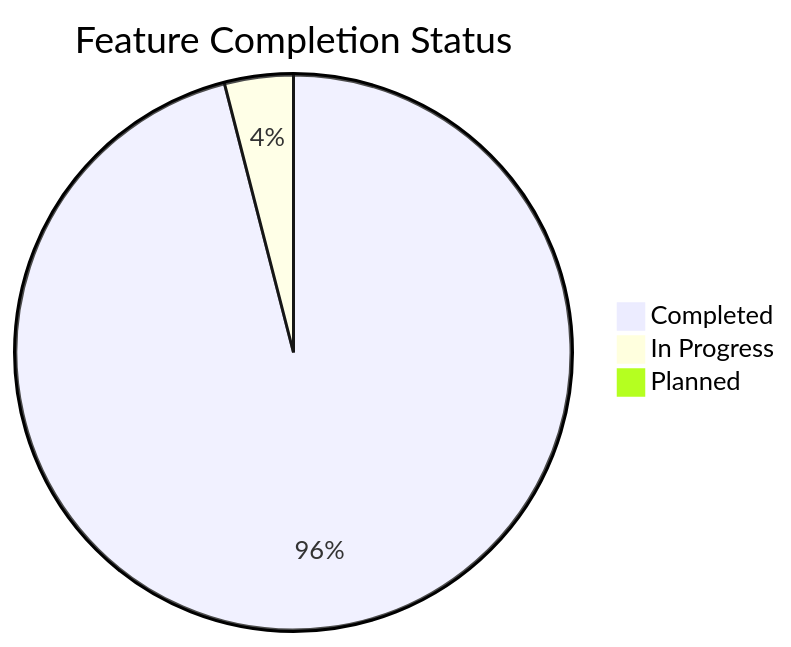
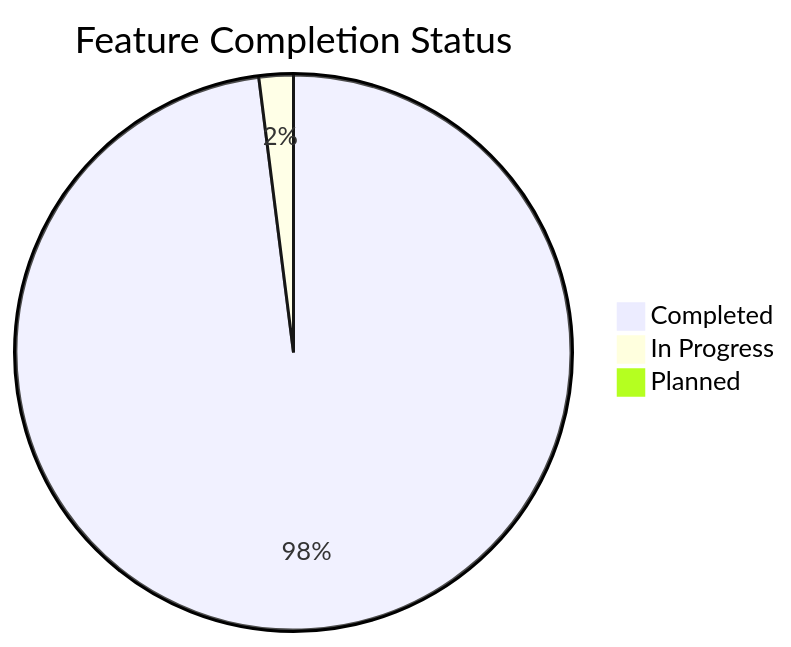
One commit to mrj0nesmtl/cloud-burst changed the second of 2 diagrams in docs/development/roadmap.md. Above: the diagram before and after it, drawn with Mermaid. The commit also changed other lines of this file and 38 other files, not shown here.

Commit message:
Update documentation for Session 45-B preparation, including token management system and email flow fixes

````diff
--- a/docs/development/roadmap.md
+++ b/docs/development/roadmap.md
@@ -323,6 +335,6 @@
 ```mermaid
 pie title Feature Completion Status
-    "Completed" : 96
-    "In Progress" : 4
+    "Completed" : 98
+    "In Progress" : 2
     "Planned" : 0
 ```
````
